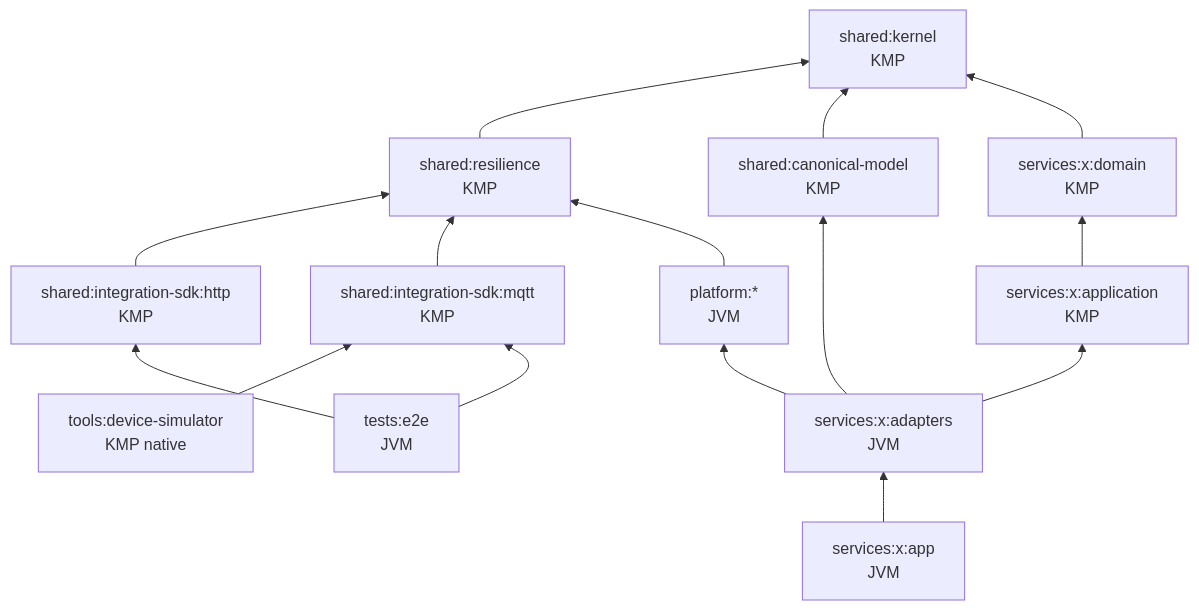
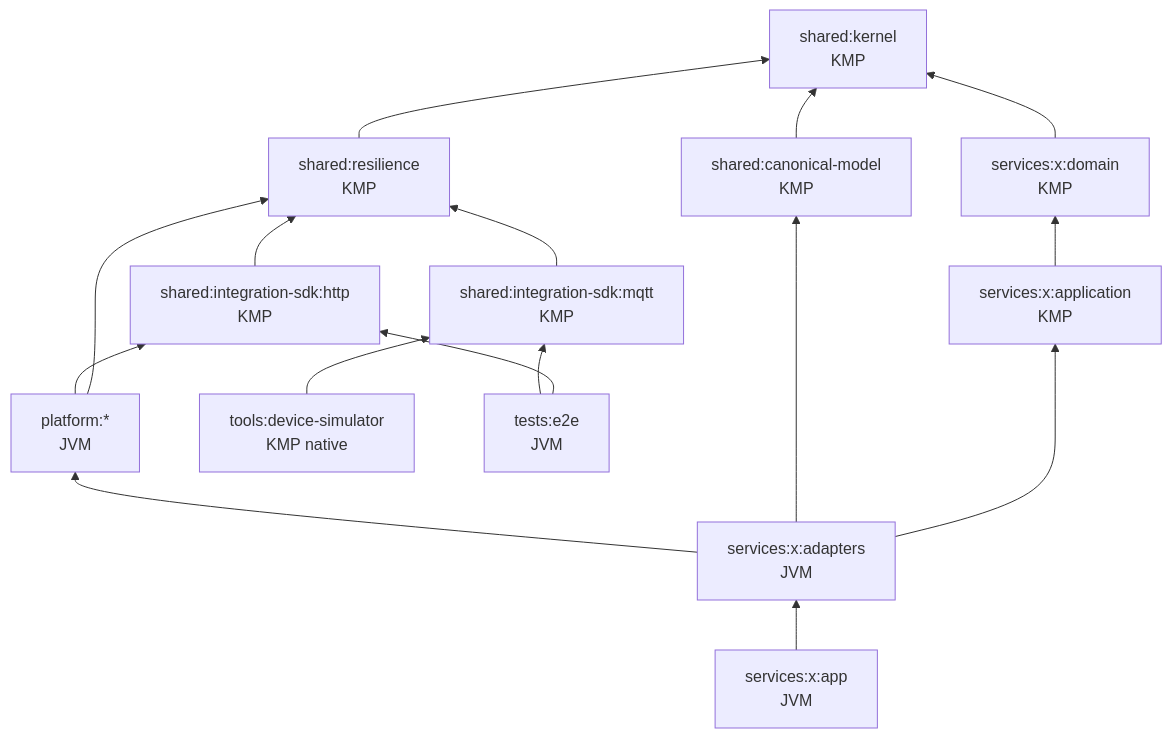
The diagram in docs/implementation/MODULE_DESIGN.md (io0323/enterprise-integration-architecture-framework), drawn with Mermaid before and after one commit. The commit also changed other lines of this file and 50 other files, not shown here.

````diff
--- a/docs/implementation/MODULE_DESIGN.md
+++ b/docs/implementation/MODULE_DESIGN.md
@@ -32,18 +32,19 @@
 ```mermaid
 flowchart BT
   kernel[shared:kernel<br/>KMP]
   res[shared:resilience<br/>KMP] --> kernel
   canon[shared:canonical-model<br/>KMP] --> kernel
   sdkhttp[shared:integration-sdk:http<br/>KMP] --> res
   sdkmqtt[shared:integration-sdk:mqtt<br/>KMP] --> res
   dom[services:x:domain<br/>KMP] --> kernel
   app[services:x:application<br/>KMP] --> dom
   adp[services:x:adapters<br/>JVM] --> app
   adp --> canon
   adp --> plat[platform:*<br/>JVM]
   plat --> res
+  plat --> sdkhttp
   boot[services:x:app<br/>JVM] --> adp
   sim[tools:device-simulator<br/>KMP native] --> sdkmqtt
   e2e[tests:e2e<br/>JVM] --> sdkhttp
   e2e --> sdkmqtt
 ```
````
